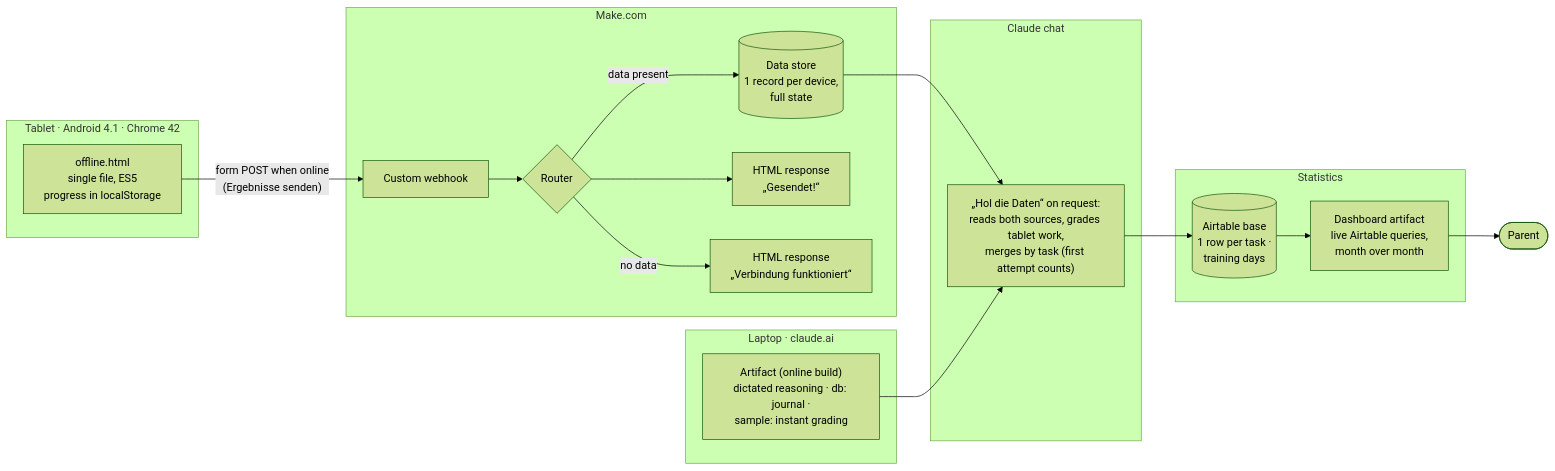
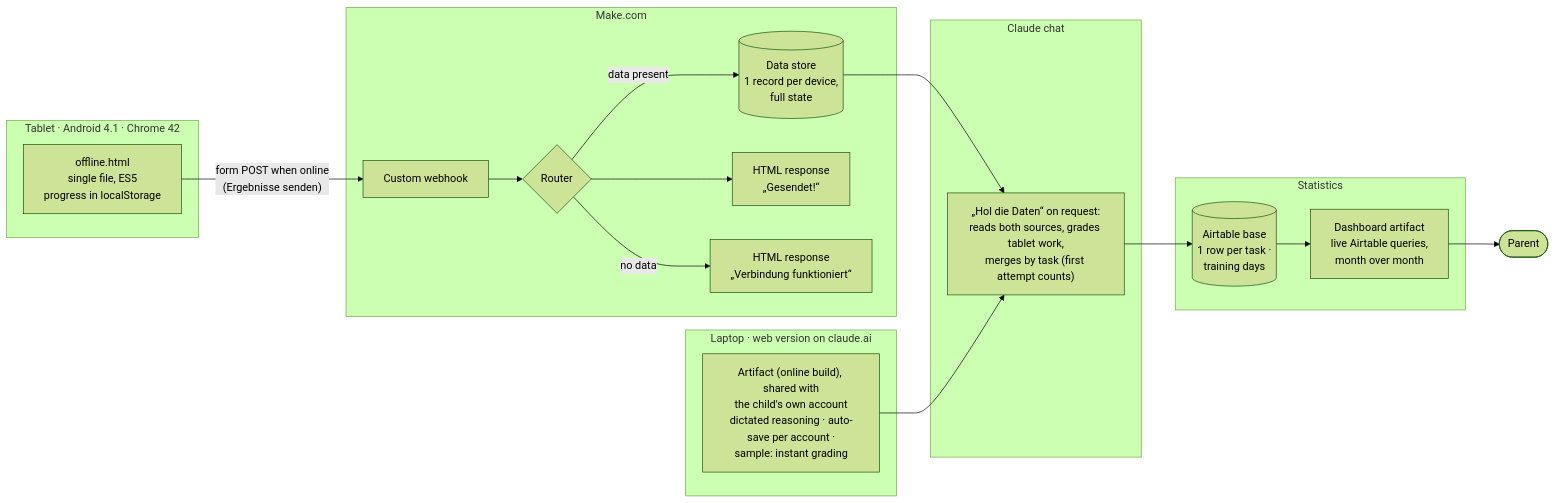
One commit to dariiasichynska/olympiade-training changed the diagram in README.md. Above: the diagram before and after it, drawn with Mermaid (forest theme). The commit also changed other lines of this file and 15 other files, not shown here.

````diff
--- a/README.md
+++ b/README.md
@@ -49,28 +52,28 @@
 ```mermaid
 flowchart LR
   subgraph Tablet["Tablet · Android 4.1 · Chrome 42"]
     O["offline.html<br/>single file, ES5<br/>progress in localStorage"]
   end
-  subgraph Laptop["Laptop · claude.ai"]
-    AR["Artifact (online build)<br/>dictated reasoning · db: journal ·<br/>sample: instant grading"]
+  subgraph Laptop["Laptop · web version on claude.ai"]
+    AR["Artifact (online build), shared with<br/>the child's own account<br/>dictated reasoning · auto-save per account ·<br/>sample: instant grading"]
   end
   subgraph Make["Make.com"]
     W["Custom webhook"] --> R{"Router"}
     R -->|"data present"| D[("Data store<br/>1 record per device,<br/>full state")]
     R --> A["HTML response<br/>„Gesendet!“"]
     R -->|"no data"| T["HTML response<br/>„Verbindung funktioniert“"]
   end
   subgraph Claude["Claude chat"]
     C["„Hol die Daten“ on request:<br/>reads both sources, grades tablet work,<br/>merges by task (first attempt counts)"]
   end
   subgraph Stats["Statistics"]
     AT[("Airtable base<br/>1 row per task ·<br/>training days")]
     DB["Dashboard artifact<br/>live Airtable queries,<br/>month over month"]
   end
   O -- "form POST when online<br/>(Ergebnisse senden)" --> W
   D --> C
   AR --> C
   C --> AT
   AT --> DB
   DB --> P(["Parent"])
 ```
````
